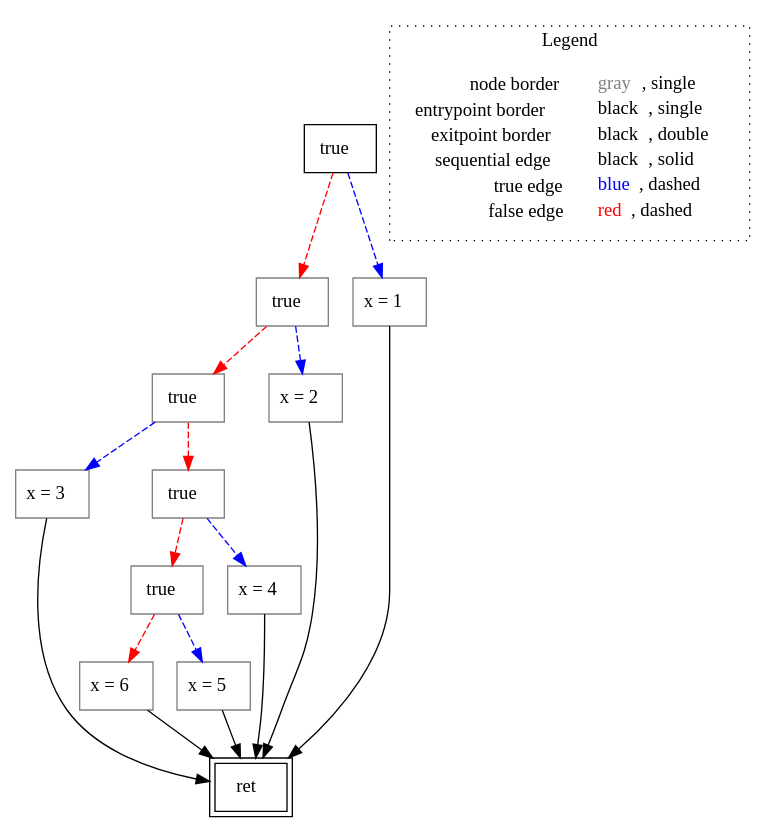
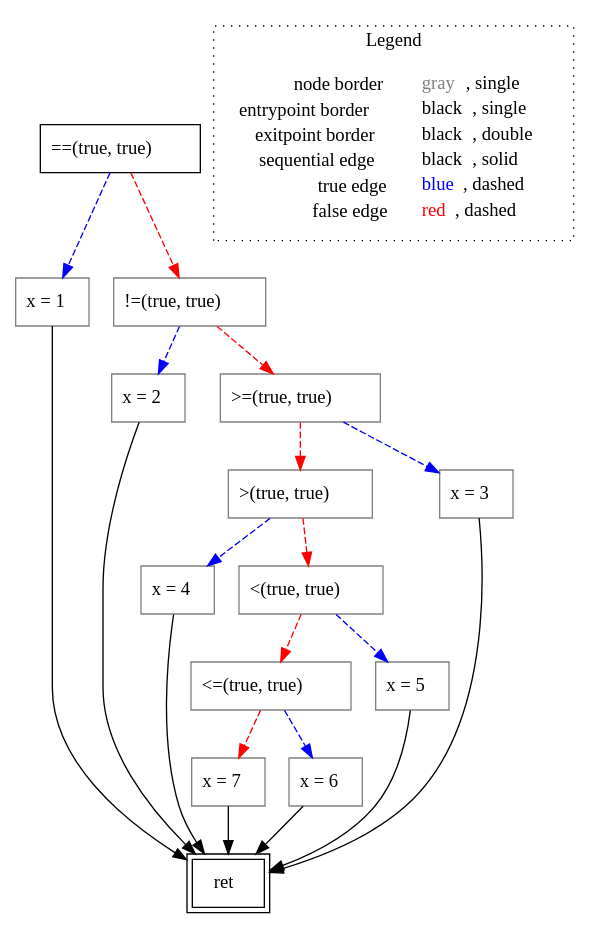
One commit to VincenzoArceri/rust-lisa changed the diagram in rust-lisa/rust-testcases/cfg/multiple-if/untyped_rust-testcases_cfg_multiple-if_multiple-if.rs.main().dot. Above: the diagram before and after it, drawn with Graphviz. The commit also changed 5 other files, not shown here.

```diff
--- a/rust-lisa/rust-testcases/cfg/multiple-if/untyped_rust-testcases_cfg_multiple-if_multiple-if.rs.main().dot
+++ b/rust-lisa/rust-testcases/cfg/multiple-if/untyped_rust-testcases_cfg_multiple-if_multiple-if.rs.main().dot
@@ -1,37 +1,42 @@
 digraph {
-	"node0" [shape="rect",color="black",label=<true>];
-	"node1" [shape="rect",color="gray",label=<x = 3>];
-	"node2" [shape="rect",color="gray",label=<true>];
-	"node3" [shape="rect",color="gray",label=<x = 6>];
-	"node4" [shape="rect",color="gray",label=<true>];
+	"node0" [shape="rect",color="black",label=<==(true, true)>];
+	"node1" [shape="rect",color="gray",label=<x = 4>];
+	"node2" [shape="rect",color="gray",label=<&lt;=(true, true)>];
+	"node3" [shape="rect",color="gray",label=<&lt;(true, true)>];
+	"node4" [shape="rect",color="gray",label=<x = 1>];
 	"node5" [shape="rect",color="black",peripheries="2",label=<ret>];
-	"node6" [shape="rect",color="gray",label=<true>];
-	"node7" [shape="rect",color="gray",label=<true>];
-	"node8" [shape="rect",color="gray",label=<x = 5>];
-	"node9" [shape="rect",color="gray",label=<x = 1>];
-	"node10" [shape="rect",color="gray",label=<x = 2>];
-	"node11" [shape="rect",color="gray",label=<x = 4>];
+	"node6" [shape="rect",color="gray",label=<!=(true, true)>];
+	"node7" [shape="rect",color="gray",label=<x = 7>];
+	"node8" [shape="rect",color="gray",label=<x = 2>];
+	"node9" [shape="rect",color="gray",label=<x = 6>];
+	"node10" [shape="rect",color="gray",label=<&gt;(true, true)>];
+	"node11" [shape="rect",color="gray",label=<x = 5>];
+	"node12" [shape="rect",color="gray",label=<&gt;=(true, true)>];
+	"node13" [shape="rect",color="gray",label=<x = 3>];
 	"node1" -> "node5" [color="black"];
-	"node2" -> "node10" [color="blue",style="dashed"];
-	"node2" -> "node6" [color="red",style="dashed"];
-	"node0" -> "node2" [color="red",style="dashed"];
-	"node0" -> "node9" [color="blue",style="dashed"];
-	"node3" -> "node5" [color="black"];
-	"node4" -> "node11" [color="blue",style="dashed"];
-	"node4" -> "node7" [color="red",style="dashed"];
-	"node6" -> "node1" [color="blue",style="dashed"];
-	"node6" -> "node4" [color="red",style="dashed"];
-	"node7" -> "node8" [color="blue",style="dashed"];
-	"node7" -> "node3" [color="red",style="dashed"];
+	"node2" -> "node9" [color="blue",style="dashed"];
+	"node2" -> "node7" [color="red",style="dashed"];
+	"node3" -> "node2" [color="red",style="dashed"];
+	"node3" -> "node11" [color="blue",style="dashed"];
+	"node4" -> "node5" [color="black"];
+	"node0" -> "node4" [color="blue",style="dashed"];
+	"node0" -> "node6" [color="red",style="dashed"];
+	"node6" -> "node8" [color="blue",style="dashed"];
+	"node6" -> "node12" [color="red",style="dashed"];
+	"node7" -> "node5" [color="black"];
 	"node8" -> "node5" [color="black"];
 	"node9" -> "node5" [color="black"];
-	"node10" -> "node5" [color="black"];
+	"node10" -> "node1" [color="blue",style="dashed"];
+	"node10" -> "node3" [color="red",style="dashed"];
 	"node11" -> "node5" [color="black"];
+	"node12" -> "node10" [color="red",style="dashed"];
+	"node12" -> "node13" [color="blue",style="dashed"];
+	"node13" -> "node5" [color="black"];
 subgraph cluster_legend {
 	label="Legend";
 	style=dotted;
 	node [shape=plaintext];
 	"legend" [label=<<table border="0" cellpadding="2" cellspacing="0" cellborder="0"><tr><td align="right">node border&nbsp;</td><td align="left"><font color="gray">gray</font>, single</td></tr><tr><td align="right">entrypoint border&nbsp;</td><td align="left"><font color="black">black</font>, single</td></tr><tr><td align="right">exitpoint border&nbsp;</td><td align="left"><font color="black">black</font>, double</td></tr><tr><td align="right">sequential edge&nbsp;</td><td align="left"><font color="black">black</font>, solid</td></tr><tr><td align="right">true edge&nbsp;</td><td align="left"><font color="blue">blue</font>, dashed</td></tr><tr><td align="right">false edge&nbsp;</td><td align="left"><font color="red">red</font>, dashed</td></tr></table>>];
 }
 
 }
```
